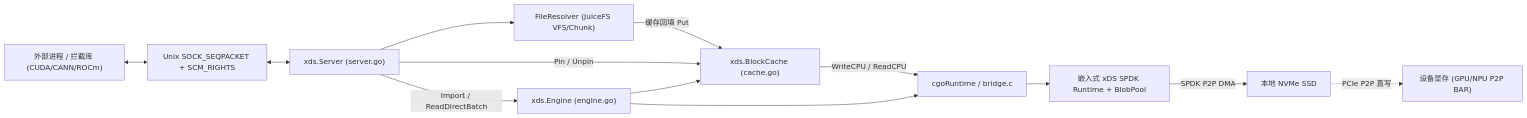
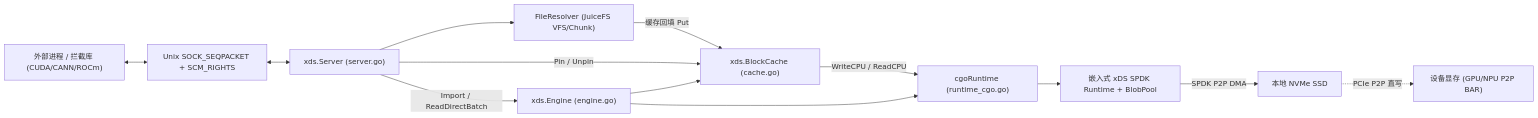
One commit to everettxwzhu/juicefs-xDS changed the first of 2 diagrams in pkg/xds/README.md. Above: the diagram before and after it, drawn with Mermaid. The commit also changed other lines of this file and 4 other files, not shown here.

````diff
--- a/pkg/xds/README.md
+++ b/pkg/xds/README.md
@@ -54,26 +52,26 @@
 ```mermaid
 flowchart LR
     Client["外部进程 / 拦截库 (CUDA/CANN/ROCm)"]
     Socket["Unix SOCK_SEQPACKET + SCM_RIGHTS"]
     Server["xds.Server (server.go)"]
     Resolver["FileResolver (JuiceFS VFS/Chunk)"]
     Engine["xds.Engine (engine.go)"]
     Cache["xds.BlockCache (cache.go)"]
-    CGo["cgoRuntime / bridge.c"]
+    CGo["cgoRuntime (runtime_cgo.go)"]
     XDS["嵌入式 xDS SPDK Runtime + BlobPool"]
     NVMe["本地 NVMe SSD"]
     VRAM["设备显存 (GPU/NPU P2P BAR)"]
 
     Client <--> Socket
     Socket <--> Server
     Server --> Resolver
     Resolver -->|缓存回填 Put| Cache
     Server -->|Pin / Unpin| Cache
     Server -->|Import / ReadDirectBatch| Engine
     Engine --> Cache
     Engine --> CGo
     Cache -->|WriteCPU / ReadCPU| CGo
     CGo --> XDS
     XDS -->|SPDK P2P DMA| NVMe
     NVMe -.->|PCIe P2P 直写| VRAM
 ```
````
